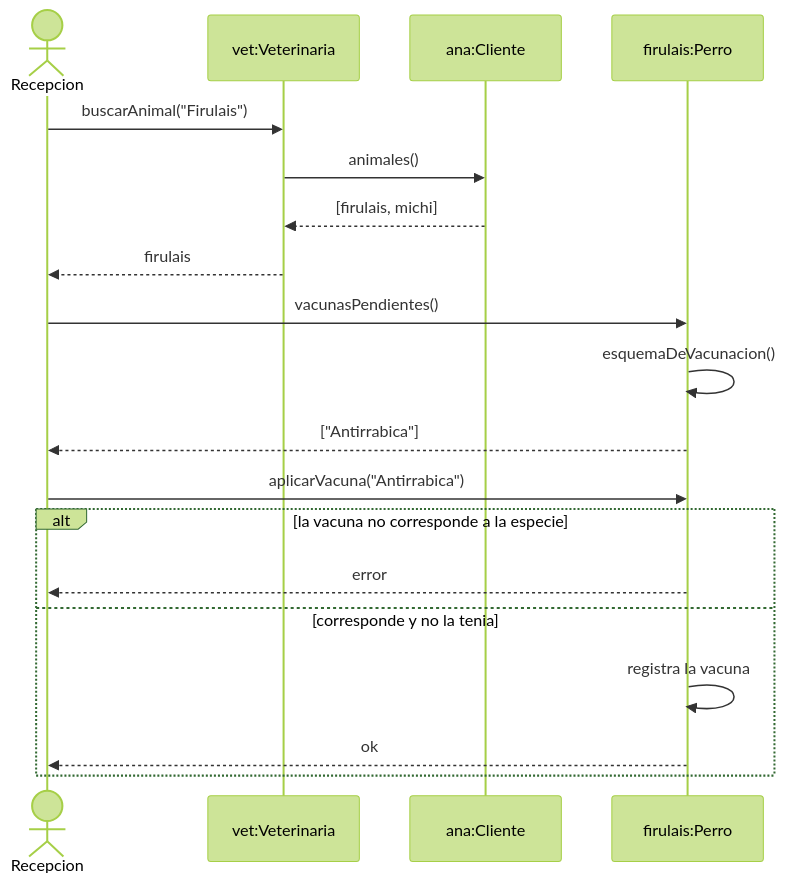
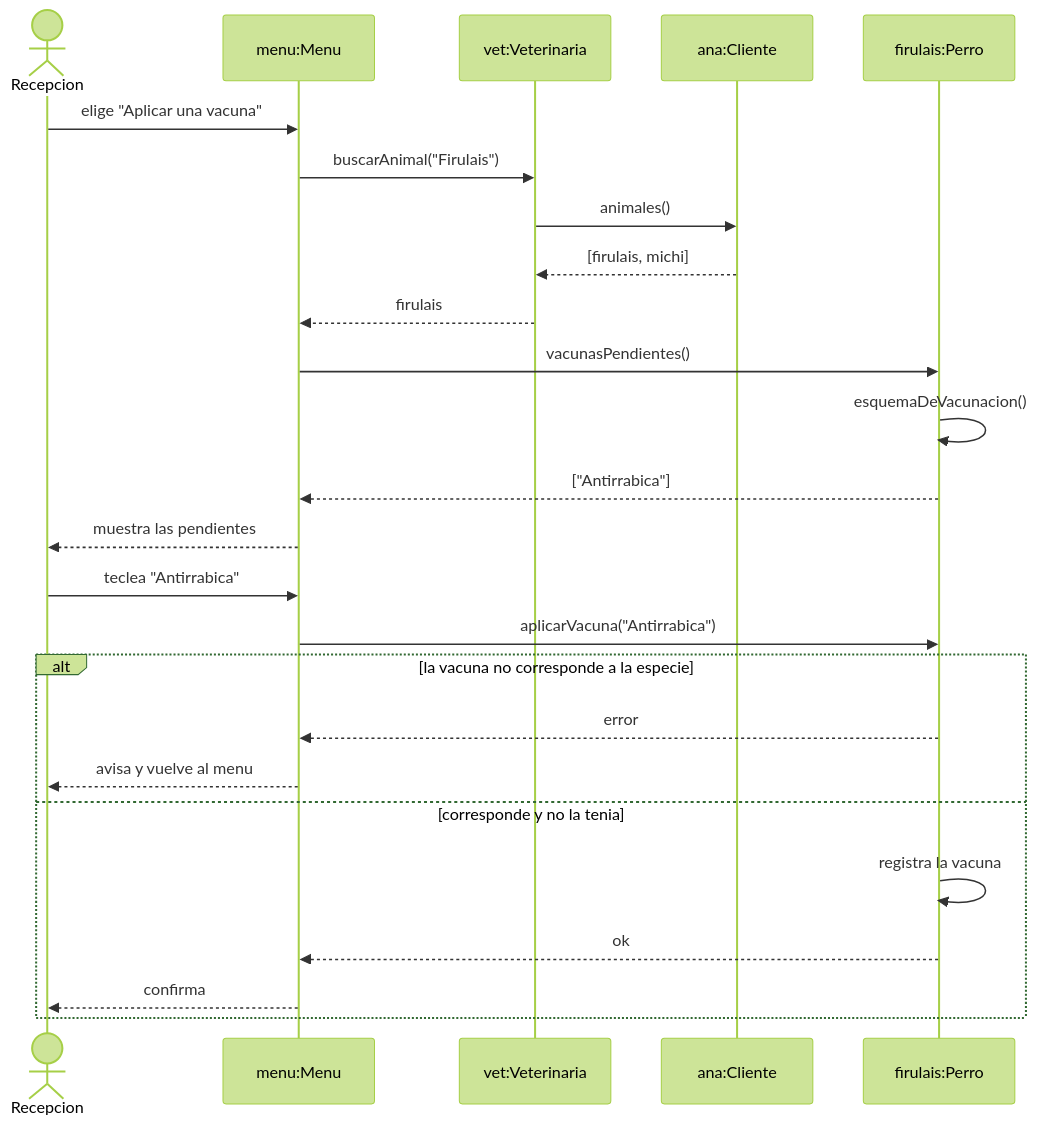
One commit to cnbotta/vetsoft changed the second of 2 diagrams in docs/modelo.md. Above: the diagram before and after it, drawn with Mermaid (forest theme). The commit also changed other lines of this file, not shown here.

Commit message:
docs(modelo): sumar el menú a los diagramas de clases y secuencia

````diff
--- a/docs/modelo.md
+++ b/docs/modelo.md
@@ -111,21 +121,27 @@
 ```mermaid
 sequenceDiagram
     actor R as Recepcion
+    participant M as menu:Menu
     participant V as vet:Veterinaria
     participant C as ana:Cliente
     participant A as firulais:Perro
-    R->>V: buscarAnimal("Firulais")
+    R->>M: elige "Aplicar una vacuna"
+    M->>V: buscarAnimal("Firulais")
     V->>C: animales()
     C-->>V: [firulais, michi]
-    V-->>R: firulais
-    R->>A: vacunasPendientes()
+    V-->>M: firulais
+    M->>A: vacunasPendientes()
     A->>A: esquemaDeVacunacion()
-    A-->>R: ["Antirrabica"]
-    R->>A: aplicarVacuna("Antirrabica")
+    A-->>M: ["Antirrabica"]
+    M-->>R: muestra las pendientes
+    R->>M: teclea "Antirrabica"
+    M->>A: aplicarVacuna("Antirrabica")
     alt la vacuna no corresponde a la especie
-        A-->>R: error
+        A-->>M: error
+        M-->>R: avisa y vuelve al menu
     else corresponde y no la tenia
         A->>A: registra la vacuna
-        A-->>R: ok
+        A-->>M: ok
+        M-->>R: confirma
     end
 ```
````
